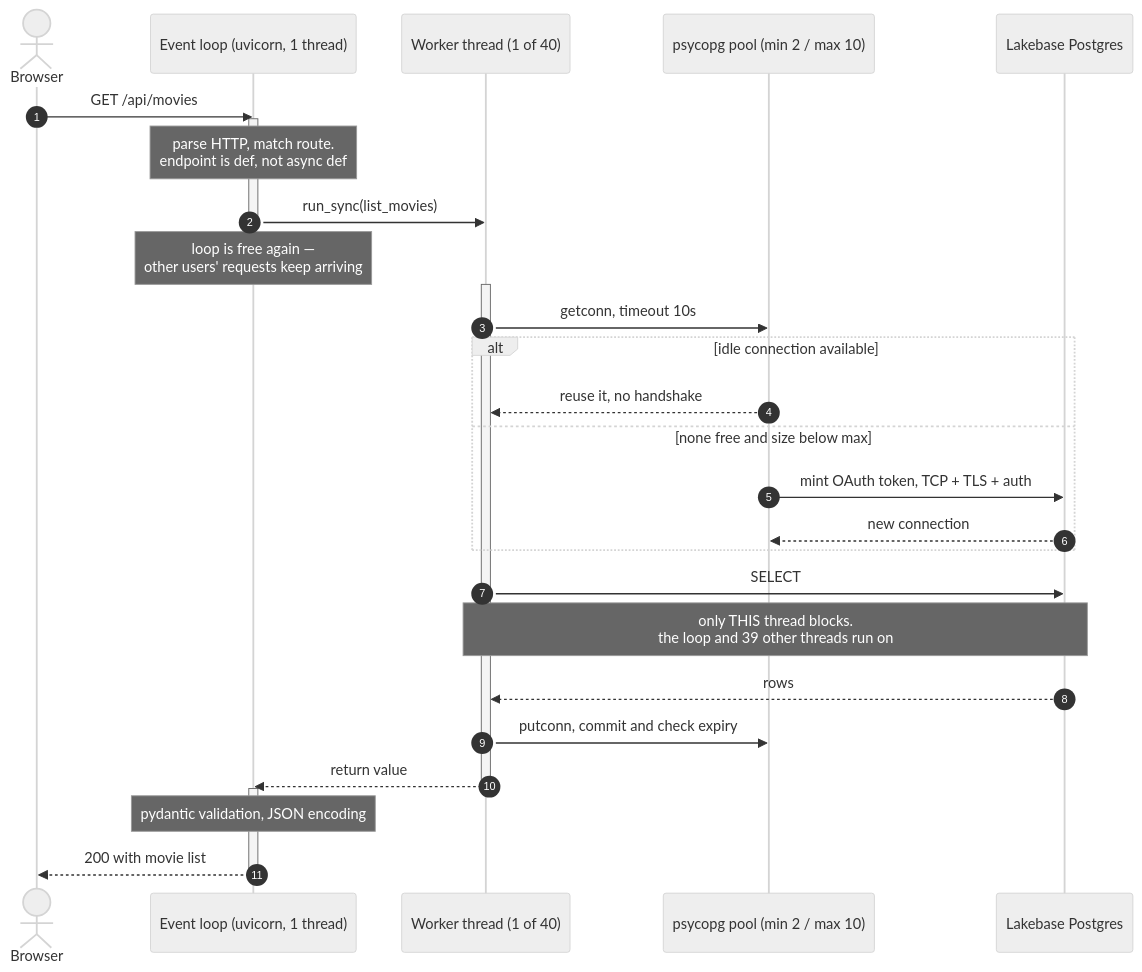
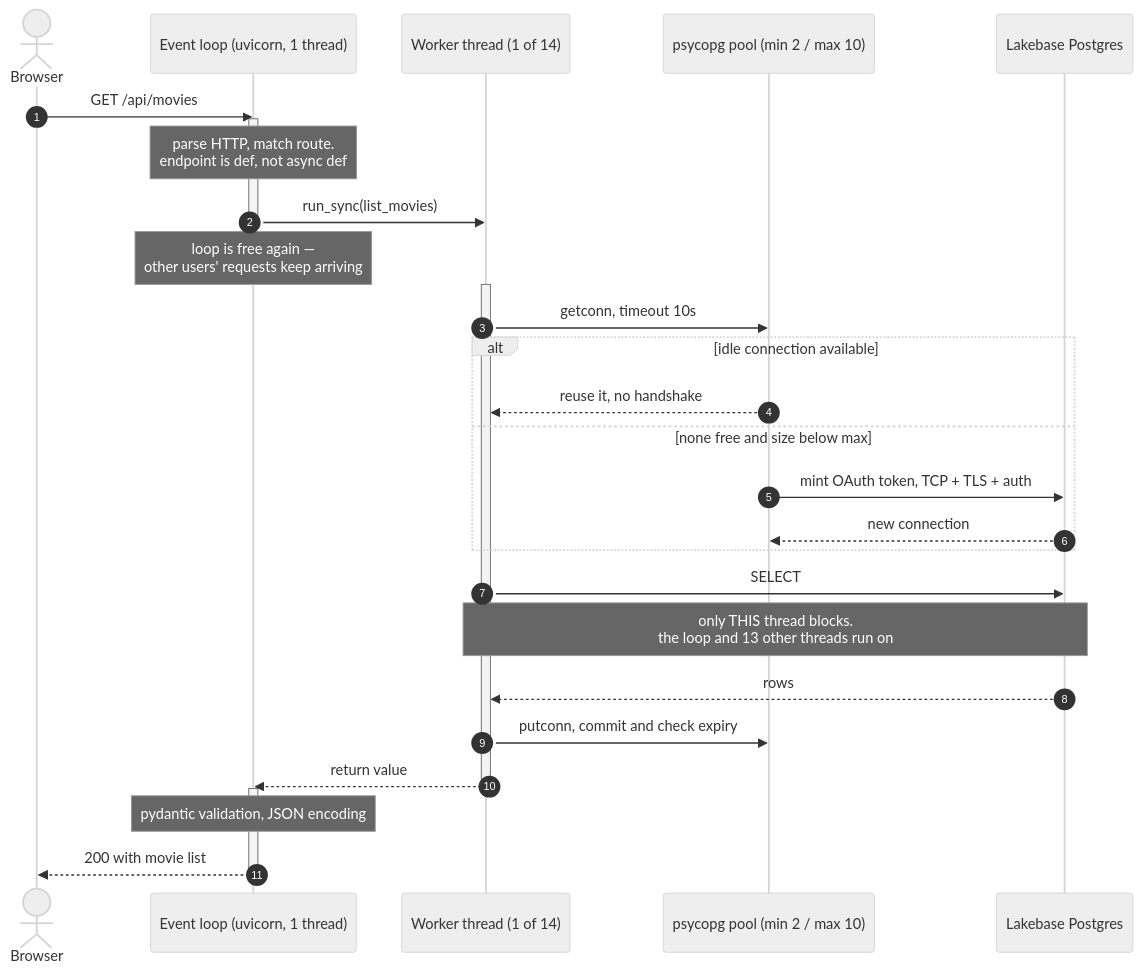
Before and after one commit to Escoto/DBX_RSA: the first of 2 diagrams in README.md, drawn with Mermaid (neutral theme). The commit also changed other lines of this file and 1 other file, not shown here.

````diff
--- a/README.md
+++ b/README.md
@@ -97,34 +97,34 @@
 ```mermaid
 sequenceDiagram
     autonumber
     actor U as Browser
     participant L as Event loop (uvicorn, 1 thread)
-    participant T as Worker thread (1 of 40)
+    participant T as Worker thread (1 of 14)
     participant P as psycopg pool (min 2 / max 10)
     participant PG as Lakebase Postgres
 
     U->>L: GET /api/movies
     activate L
     Note over L: parse HTTP, match route.<br/>endpoint is def, not async def
     L->>T: run_sync(list_movies)
     deactivate L
     Note over L: loop is free again —<br/>other users' requests keep arriving
     activate T
     T->>P: getconn, timeout 10s
     alt idle connection available
         P-->>T: reuse it, no handshake
     else none free and size below max
         P->>PG: mint OAuth token, TCP + TLS + auth
         PG-->>P: new connection
     end
     T->>PG: SELECT
-    Note over T,PG: only THIS thread blocks.<br/>the loop and 39 other threads run on
+    Note over T,PG: only THIS thread blocks.<br/>the loop and 13 other threads run on
     PG-->>T: rows
     T->>P: putconn, commit and check expiry
     T-->>L: return value
     deactivate T
     activate L
     Note over L: pydantic validation, JSON encoding
     L-->>U: 200 with movie list
     deactivate L
 ```
````
